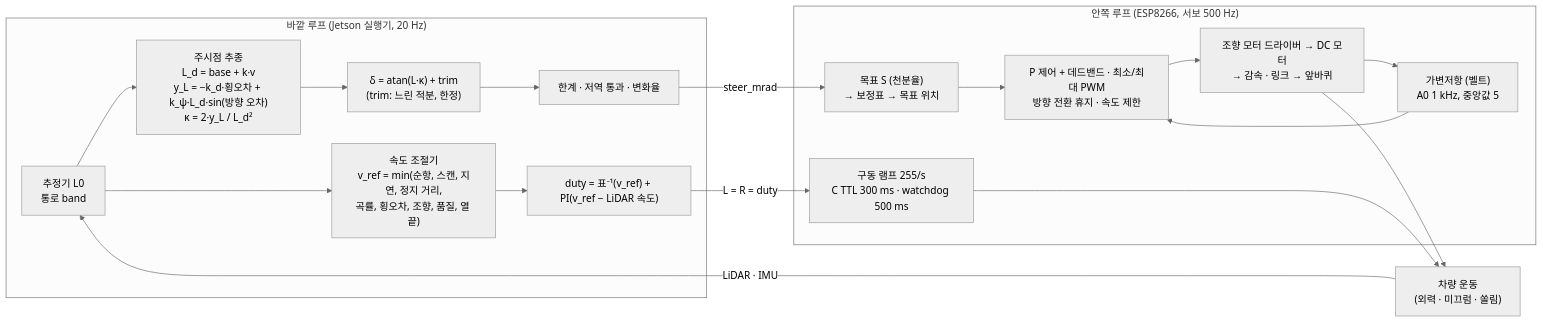
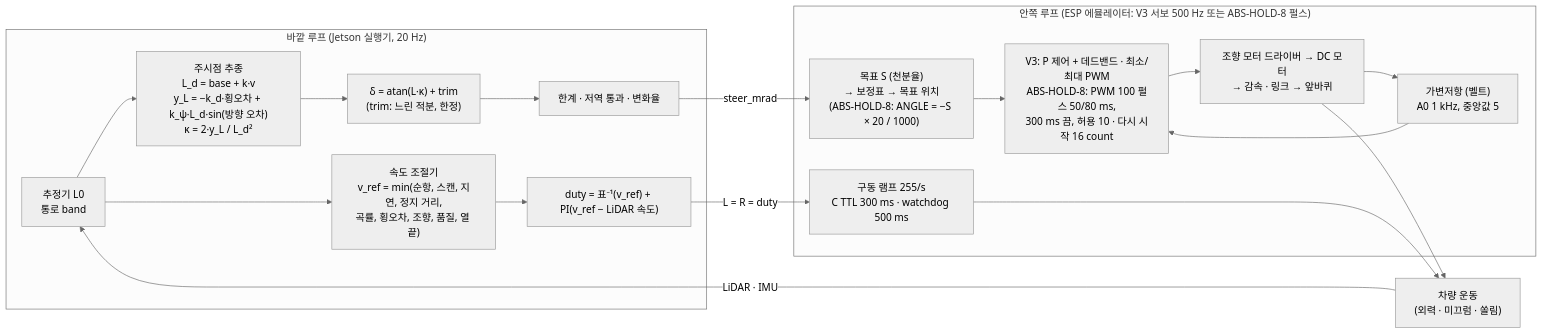
One commit to 2026-BTS-UNI-Car/unist_orchard_simulation changed the fifth of 7 diagrams in docs/ARCHITECTURE_KO.md. Above: the diagram before and after it, drawn with Mermaid (neutral theme). The commit also changed other lines of this file and 29 other files, not shown here.

First line of the commit message:
Add the measured-dimension profile and an ABS-HOLD-8 steering law mode for the SIM ESP emulator

````diff
--- a/docs/ARCHITECTURE_KO.md
+++ b/docs/ARCHITECTURE_KO.md
@@ -112,22 +166,22 @@
 ```mermaid
 flowchart LR
   subgraph OUT["바깥 루프 (Jetson 실행기, 20 Hz)"]
     E0["추정기 L0<br/>통로 band"] --> PP["주시점 추종<br/>L_d = base + k·v<br/>y_L = −k_d·횡오차 + k_ψ·L_d·sin(방향 오차)<br/>κ = 2·y_L / L_d²"]
     PP --> DEL["δ = atan(L·κ) + trim<br/>(trim: 느린 적분, 한정)"]
     DEL --> LIM["한계 · 저역 통과 · 변화율"]
     E0 --> GOV["속도 조절기<br/>v_ref = min(순항, 스캔, 지연, 정지 거리,<br/>곡률, 횡오차, 조향, 품질, 열 끝)"]
     GOV --> DUTY["duty = 표⁻¹(v_ref) + PI(v_ref − LiDAR 속도)"]
   end
-  subgraph IN["안쪽 루프 (ESP8266, 서보 500 Hz)"]
-    TGT["목표 S (천분율)<br/>→ 보정표 → 목표 위치"] --> SV["P 제어 + 데드밴드 · 최소/최대 PWM<br/>방향 전환 휴지 · 속도 제한"]
+  subgraph IN["안쪽 루프 (ESP 에뮬레이터: V3 서보 500 Hz 또는 ABS-HOLD-8 펄스)"]
+    TGT["목표 S (천분율)<br/>→ 보정표 → 목표 위치<br/>(ABS-HOLD-8: ANGLE = −S × 20 / 1000)"] --> SV["V3: P 제어 + 데드밴드 · 최소/최대 PWM<br/>ABS-HOLD-8: PWM 100 펄스 50/80 ms,<br/>300 ms 끔, 허용 10 · 다시 시작 16 count"]
     SV --> MOT["조향 모터 드라이버 → DC 모터<br/>→ 감속 · 링크 → 앞바퀴"]
     MOT --> PT["가변저항 (벨트)<br/>A0 1 kHz, 중앙값 5"]
     PT --> SV
     RAMP["구동 램프 255/s<br/>C TTL 300 ms · watchdog 500 ms"]
   end
   LIM -->|"steer_mrad"| TGT
   DUTY -->|"L = R = duty"| RAMP
   MOT --> CAR["차량 운동<br/>(외력 · 미끄럼 · 쏠림)"]
   RAMP --> CAR
   CAR -->|"LiDAR · IMU"| E0
 ```
````
